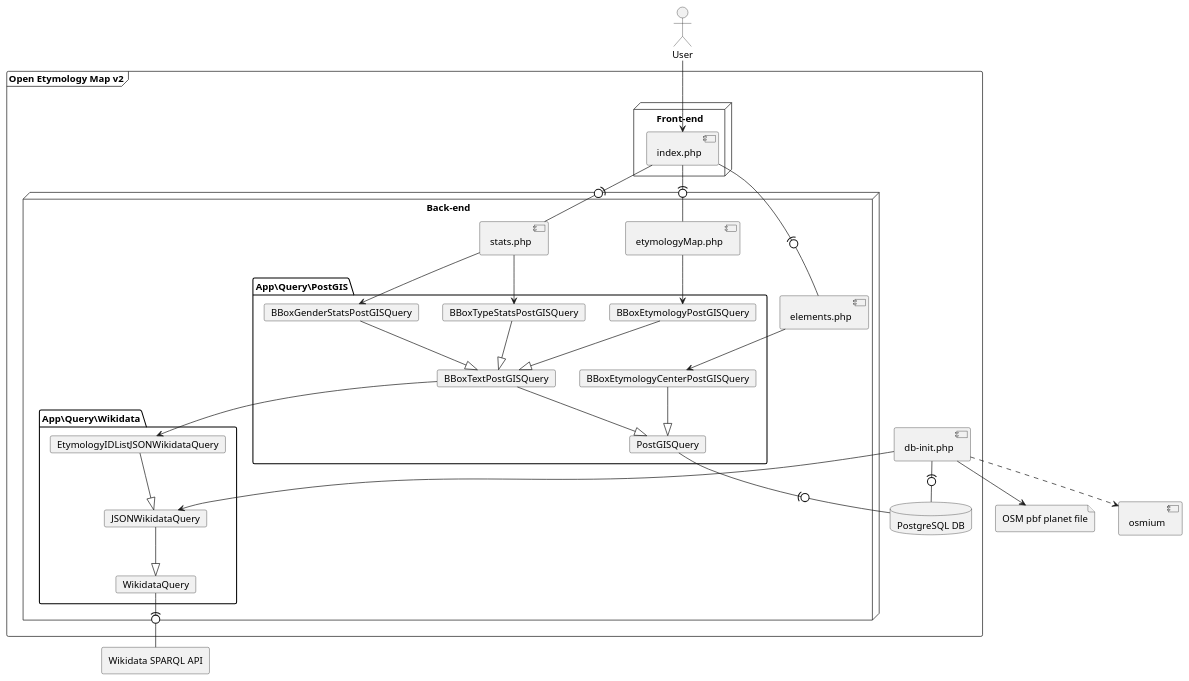
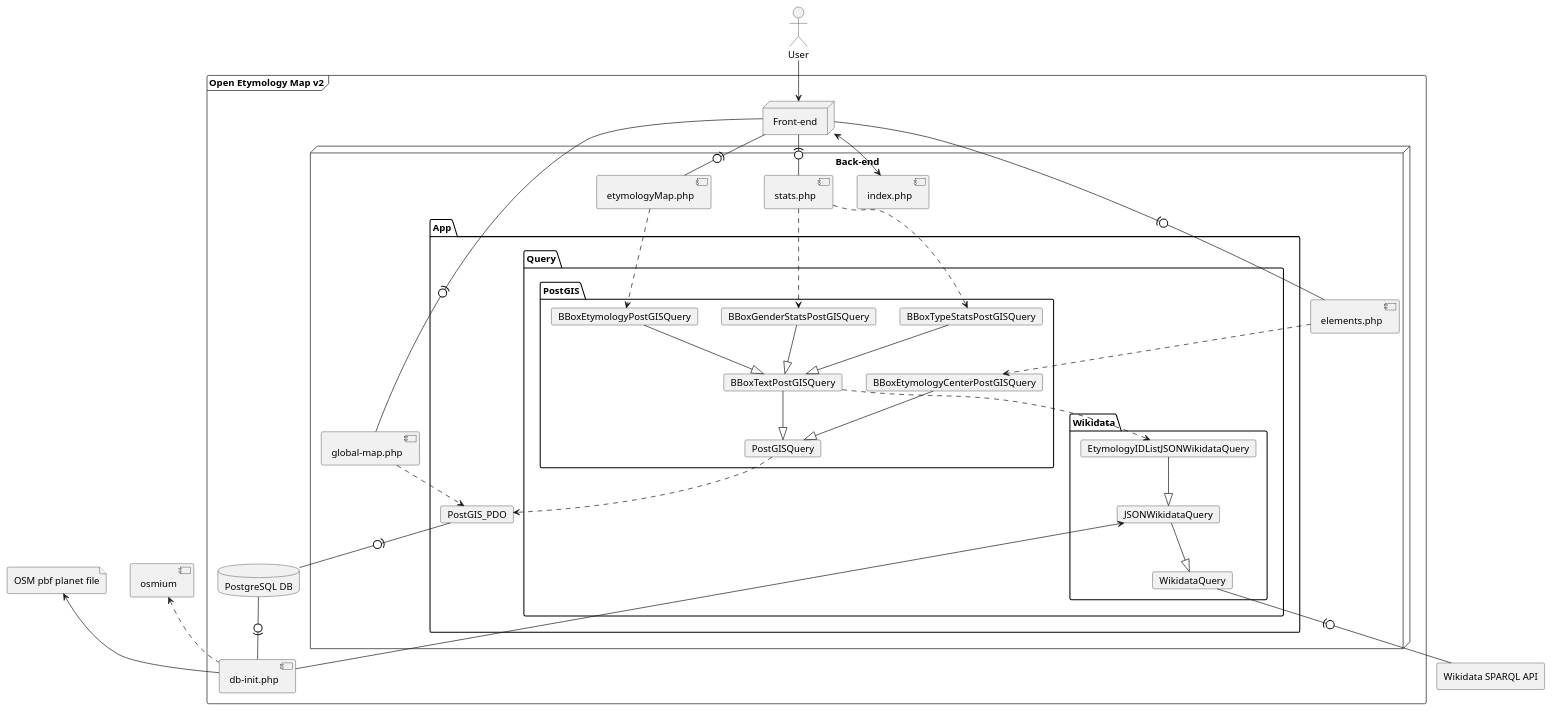
One commit to Danysan1/osm-wikidata-map-framework changed the second of 3 diagrams in CONTRIBUTING.md. Above: the diagram before and after it, drawn with PlantUML. The commit also changed other lines of this file, not shown here.

````diff
--- a/CONTRIBUTING.md
+++ b/CONTRIBUTING.md
@@ -215,60 +215,72 @@
 ```plantuml
 actor user as "User"
 file pbf as "OSM pbf planet file"
 component osmium
 frame oem as "Open Etymology Map v2" {
     database db as "PostgreSQL DB"
     component init as "db-init.php"
-    node "Front-end" {
-        component index as "index.php"
-    }
-    node "Back-end" {
+    node fe as "Front-end"
+    node be as "Back-end" {
+        component globalMap as "global-map.php"
         component etymologyMap as "etymologyMap.php"
         component elements as "elements.php"
         component stats as "stats.php"
-        package "App\Query\PostGIS" {
-            card BBoxEtymologyPostGISQuery
-            card BBoxGenderStatsPostGISQuery
-            card BBoxTypeStatsPostGISQuery
-            card BBoxEtymologyCenterPostGISQuery
-            card BBoxTextPostGISQuery
-            card PostGISQuery
-        }
-        package "App\Query\Wikidata" {
-            card EtymologyIDListJSONWikidataQuery
-            card JSONWikidataQuery
-            card WikidataQuery
+        component index as "index.php"
+        package App {
+            card PostGIS_PDO
+            package Query {
+                package PostGIS {
+                    card BBoxEtymologyPostGISQuery
+                    card BBoxGenderStatsPostGISQuery
+                    card BBoxTypeStatsPostGISQuery
+                    card BBoxEtymologyCenterPostGISQuery
+                    card BBoxTextPostGISQuery
+                    card PostGISQuery
+                }
+                package Wikidata {
+                    card EtymologyIDListJSONWikidataQuery
+                    card JSONWikidataQuery
+                    card WikidataQuery
+                }
+            }
         }
     }
 }
 agent wikidata as "Wikidata SPARQL API"
 
-user --> index
-index -(0- etymologyMap
-index -(0- elements
-index -(0- stats
+index <--> fe
 
-etymologyMap --> BBoxEtymologyPostGISQuery
-stats --> BBoxGenderStatsPostGISQuery
-stats --> BBoxTypeStatsPostGISQuery
-elements --> BBoxEtymologyCenterPostGISQuery
+user --> fe
+
+fe -(0- globalMap
+fe -(0- etymologyMap
+fe -(0- elements
+fe -(0- stats
+
+
+etymologyMap ..> BBoxEtymologyPostGISQuery
+stats ..> BBoxGenderStatsPostGISQuery
+stats ..> BBoxTypeStatsPostGISQuery
+elements ..> BBoxEtymologyCenterPostGISQuery
 
 BBoxTextPostGISQuery --|> PostGISQuery
 BBoxEtymologyPostGISQuery --|> BBoxTextPostGISQuery
 BBoxGenderStatsPostGISQuery --|> BBoxTextPostGISQuery
 BBoxTypeStatsPostGISQuery --|> BBoxTextPostGISQuery
 BBoxEtymologyCenterPostGISQuery --|> PostGISQuery
 
 EtymologyIDListJSONWikidataQuery --|> JSONWikidataQuery
 JSONWikidataQuery --|> WikidataQuery
 
-PostGISQuery -(0- db
-BBoxTextPostGISQuery --> EtymologyIDListJSONWikidataQuery
+globalMap ..> PostGIS_PDO
+PostGISQuery ..> PostGIS_PDO
+PostGIS_PDO -(0- db
+BBoxTextPostGISQuery ..> EtymologyIDListJSONWikidataQuery
 
 WikidataQuery -(0- wikidata
 
-init -(0- db
-init ..> osmium
-init --> pbf
-init --> JSONWikidataQuery
+db -0)- init
+osmium <.. init
+pbf <-- init
+JSONWikidataQuery <-- init
 ```
````
